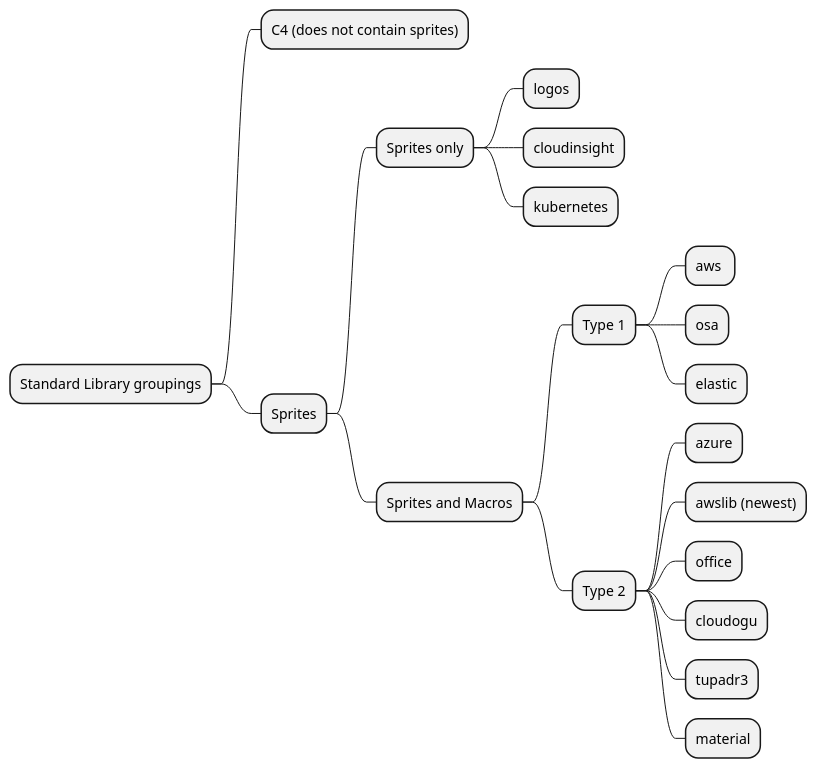
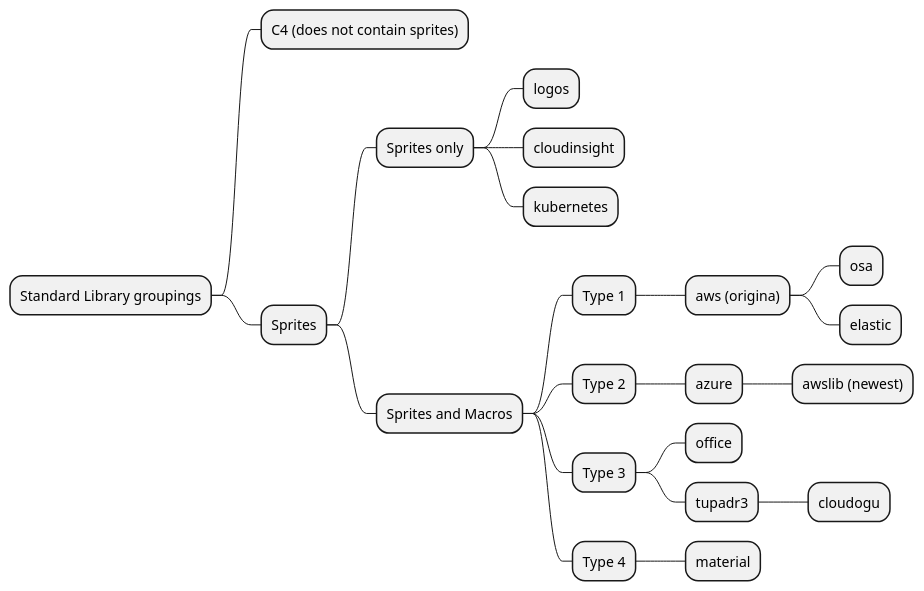
Before and after one commit to Crashedmind/PlayingWithPlantUMLSource: the diagram in docs/Stdlib/StdlibGroupings.puml, drawn with PlantUML. The commit also changed 2 other files, not shown here.

```diff
--- a/docs/Stdlib/StdlibGroupings.puml
+++ b/docs/Stdlib/StdlibGroupings.puml
@@ -2,21 +2,23 @@
 @startmindmap
 * Standard Library groupings
 ** C4 (does not contain sprites)
 ** Sprites
 *** Sprites only
 **** logos
 **** cloudinsight
 **** kubernetes
 *** Sprites and Macros
 **** Type 1
-***** aws 
-***** osa
-***** elastic
+***** aws (origina)
+****** osa
+****** elastic
 **** Type 2
 ***** azure
-***** awslib (newest)
+****** awslib (newest)
+**** Type 3
 ***** office
-***** cloudogu
 ***** tupadr3
+****** cloudogu
+**** Type 4
 ***** material
 @endmindmap
```
